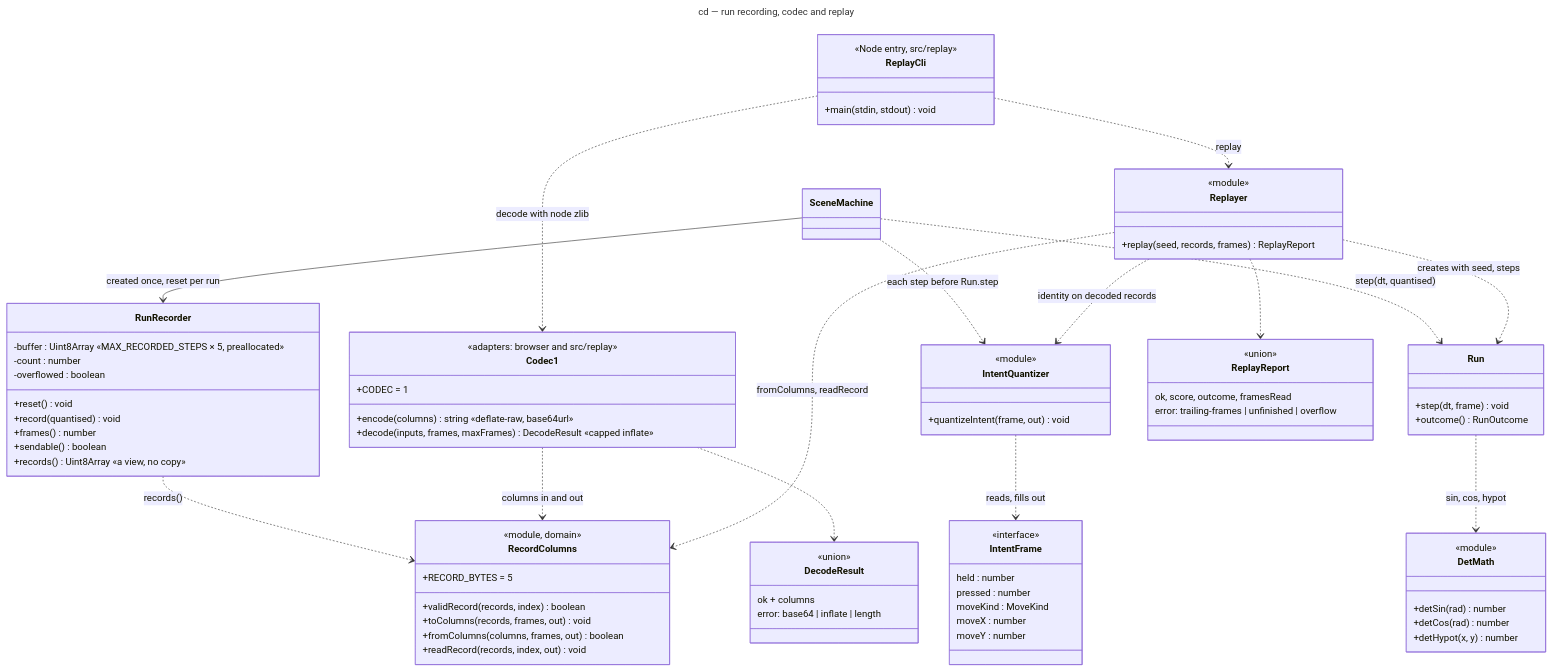
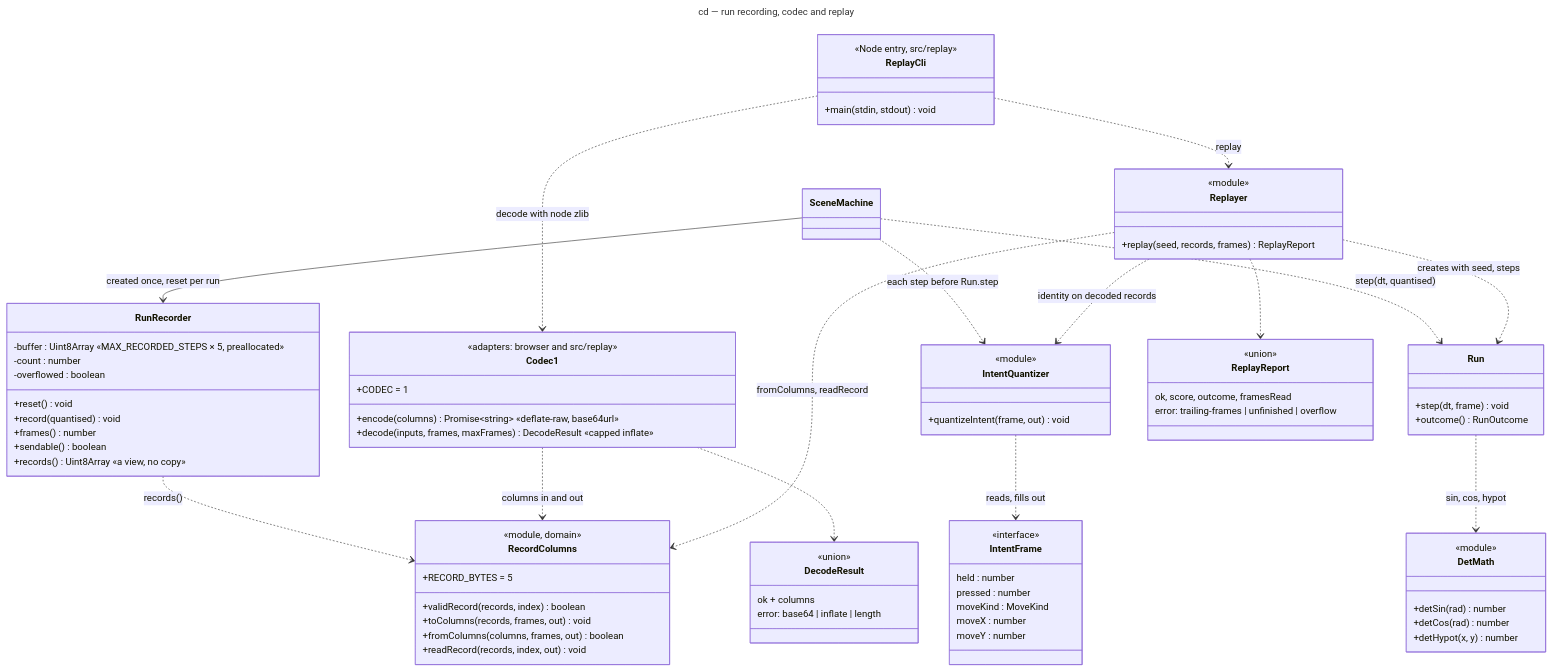
The diagram in docs/architecture/diagrams/gameplay/04-class-run-recording.md (benoit-bremaud/retro-shmup), drawn with Mermaid before and after one commit. The commit also changed 5 other files, not shown here.

```diff
--- a/docs/architecture/diagrams/gameplay/04-class-run-recording.md
+++ b/docs/architecture/diagrams/gameplay/04-class-run-recording.md
@@ -52,7 +52,7 @@
   class Codec1 {
     <<adapters: browser and src/replay>>
     +CODEC = 1
-    +encode(columns) string «deflate-raw, base64url»
+    +encode(columns) Promise~string~ «deflate-raw, base64url»
     +decode(inputs, frames, maxFrames) DecodeResult «capped inflate»
   }
   class DecodeResult {
```
